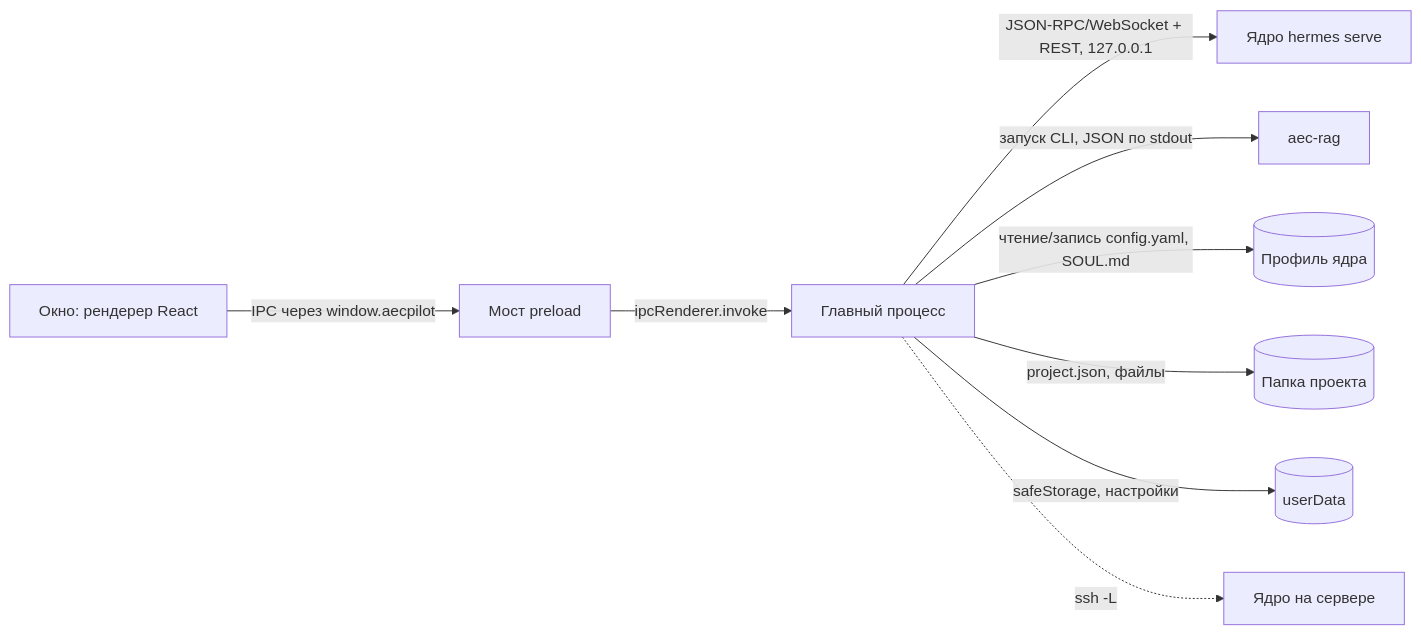
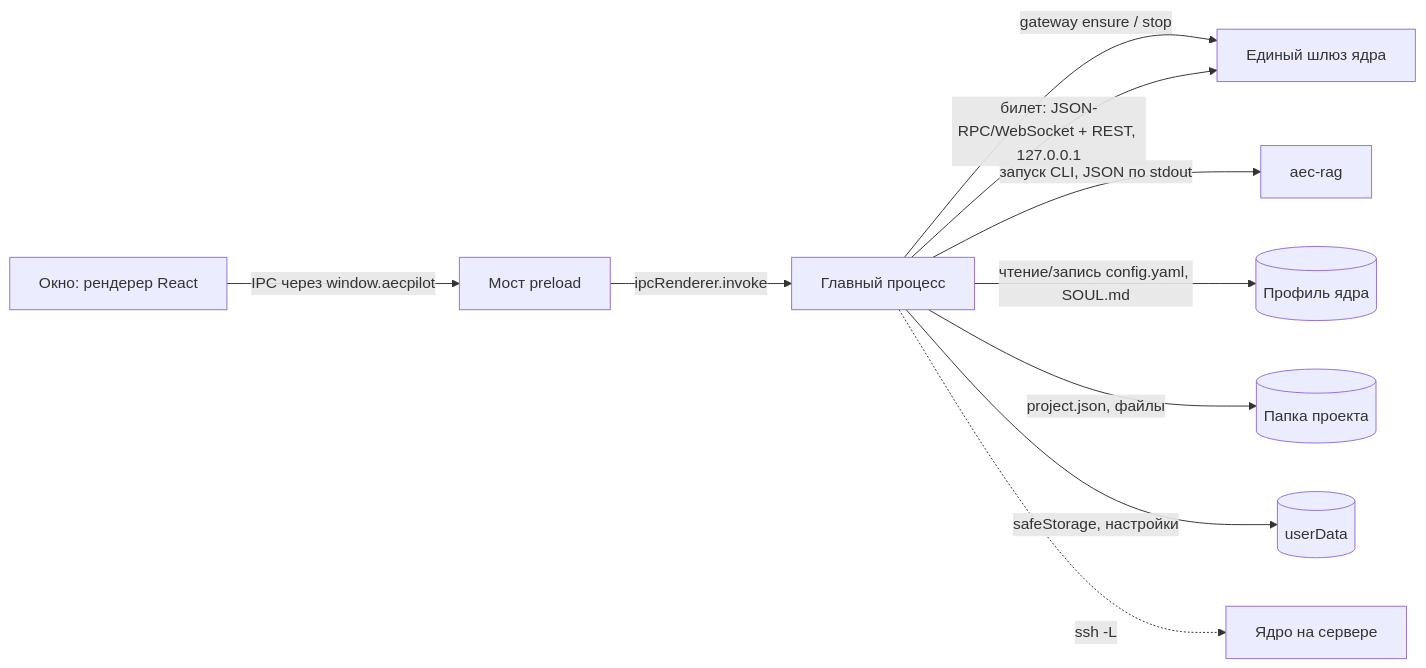
The diagram in docs/components/main-process.md (EvgenVer/AECPilot), drawn with Mermaid before and after one commit. The commit also changed other lines of this file and 10 other files, not shown here.

First line of the commit message:
docs: describe the single core gateway, the server pair and tickets (T53.5)

````diff
--- a/docs/components/main-process.md
+++ b/docs/components/main-process.md
@@ -14,11 +14,12 @@
 ```mermaid
 flowchart LR
   win[Окно: рендерер React] -->|IPC через window.aecpilot| pre[Мост preload]
   pre -->|ipcRenderer.invoke| main[Главный процесс]
-  main -->|JSON-RPC/WebSocket + REST, 127.0.0.1| core[Ядро hermes serve]
+  main -->|gateway ensure / stop| core
+  main -->|билет: JSON-RPC/WebSocket + REST, 127.0.0.1| core[Единый шлюз ядра]
   main -->|запуск CLI, JSON по stdout| rag[aec-rag]
   main -->|чтение/запись config.yaml, SOUL.md| profile[(Профиль ядра)]
   main -->|project.json, файлы| vault[(Папка проекта)]
   main -->|safeStorage, настройки| ud[(userData)]
   main -.->|ssh -L| remote[Ядро на сервере]
 ```
````
